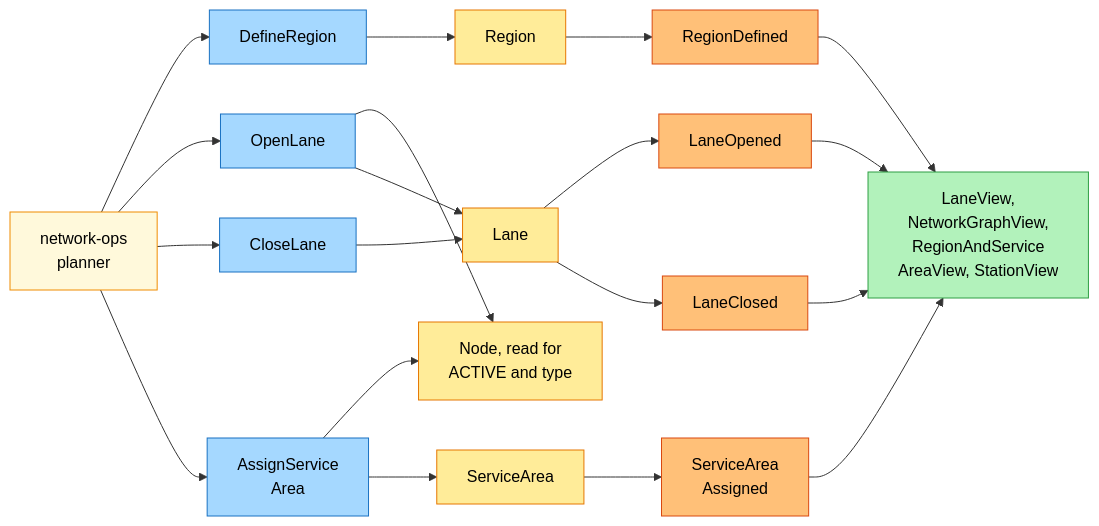
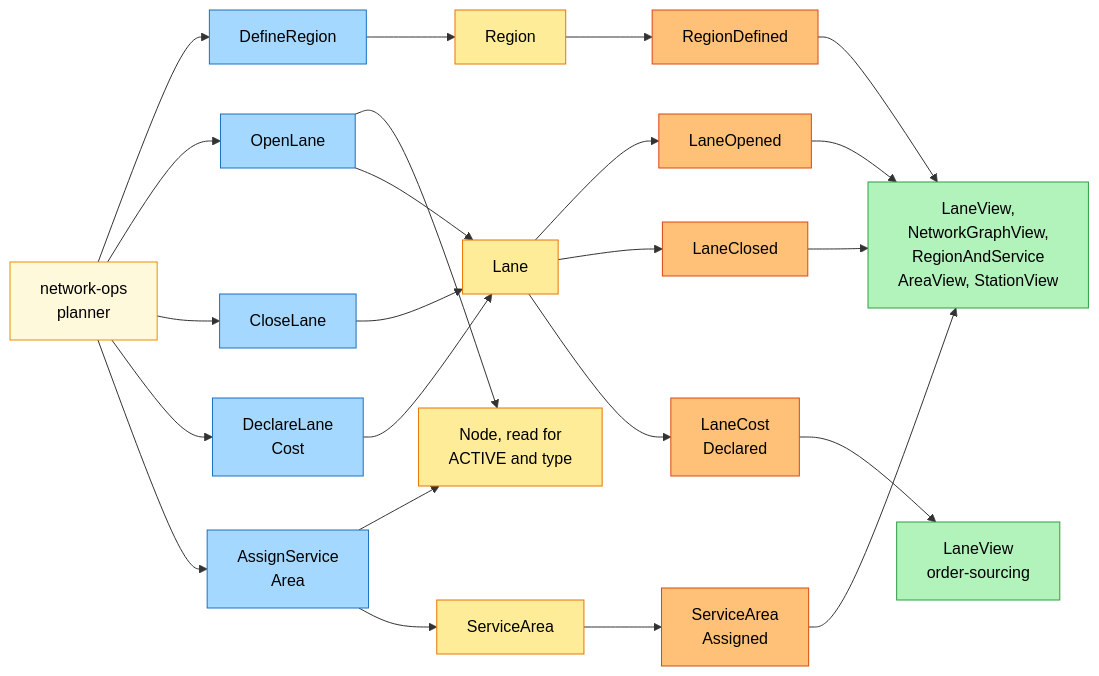
One commit to IQVO/node-topology changed the fourth of 4 diagrams in docs/docs/ddd/eventstorming.md. Above: the diagram before and after it, drawn with Mermaid. The commit also changed other lines of this file and 17 other files, not shown here.

````diff
--- a/docs/docs/ddd/eventstorming.md
+++ b/docs/docs/ddd/eventstorming.md
@@ -175,44 +175,51 @@
 ```mermaid
 flowchart LR
     classDef command fill:#a5d8ff,stroke:#1971c2,color:#000
     classDef aggregate fill:#ffec99,stroke:#e67700,color:#000
     classDef event fill:#ffc078,stroke:#d9480f,color:#000
     classDef policy fill:#d0bfff,stroke:#6741d9,color:#000
     classDef readmodel fill:#b2f2bb,stroke:#2f9e44,color:#000
     classDef external fill:#fcc2d7,stroke:#c2255c,color:#000
     classDef hotspot fill:#ff8787,stroke:#c92a2a,color:#000
     classDef actor fill:#fff9db,stroke:#f08c00,color:#000
     PL["network-ops<br/>planner"]:::actor
     C6["DefineRegion"]:::command
     G4["Region"]:::aggregate
     E8["RegionDefined"]:::event
     C7["OpenLane"]:::command
     C8["CloseLane"]:::command
     G2["Lane"]:::aggregate
     E6["LaneOpened"]:::event
     E7["LaneClosed"]:::event
+    C10["DeclareLane<br/>Cost"]:::command
+    E10["LaneCost<br/>Declared"]:::event
     C9["AssignService<br/>Area"]:::command
     G3["ServiceArea"]:::aggregate
     E9["ServiceArea<br/>Assigned"]:::event
     N1["Node, read for<br/>ACTIVE and type"]:::aggregate
     R4["LaneView,<br/>NetworkGraphView,<br/>RegionAndService<br/>AreaView, StationView"]:::readmodel
+    R5["LaneView<br/>order-sourcing"]:::readmodel
 
     PL --> C6
     C6 --> G4
     G4 --> E8
     PL --> C7
     PL --> C8
     C7 --> N1
     C7 --> G2
     C8 --> G2
     G2 --> E6
     G2 --> E7
+    PL --> C10
+    C10 --> G2
+    G2 --> E10
     PL --> C9
     C9 --> N1
     C9 --> G3
     G3 --> E9
     E6 --> R4
     E7 --> R4
     E8 --> R4
     E9 --> R4
+    E10 --> R5
 ```
````
